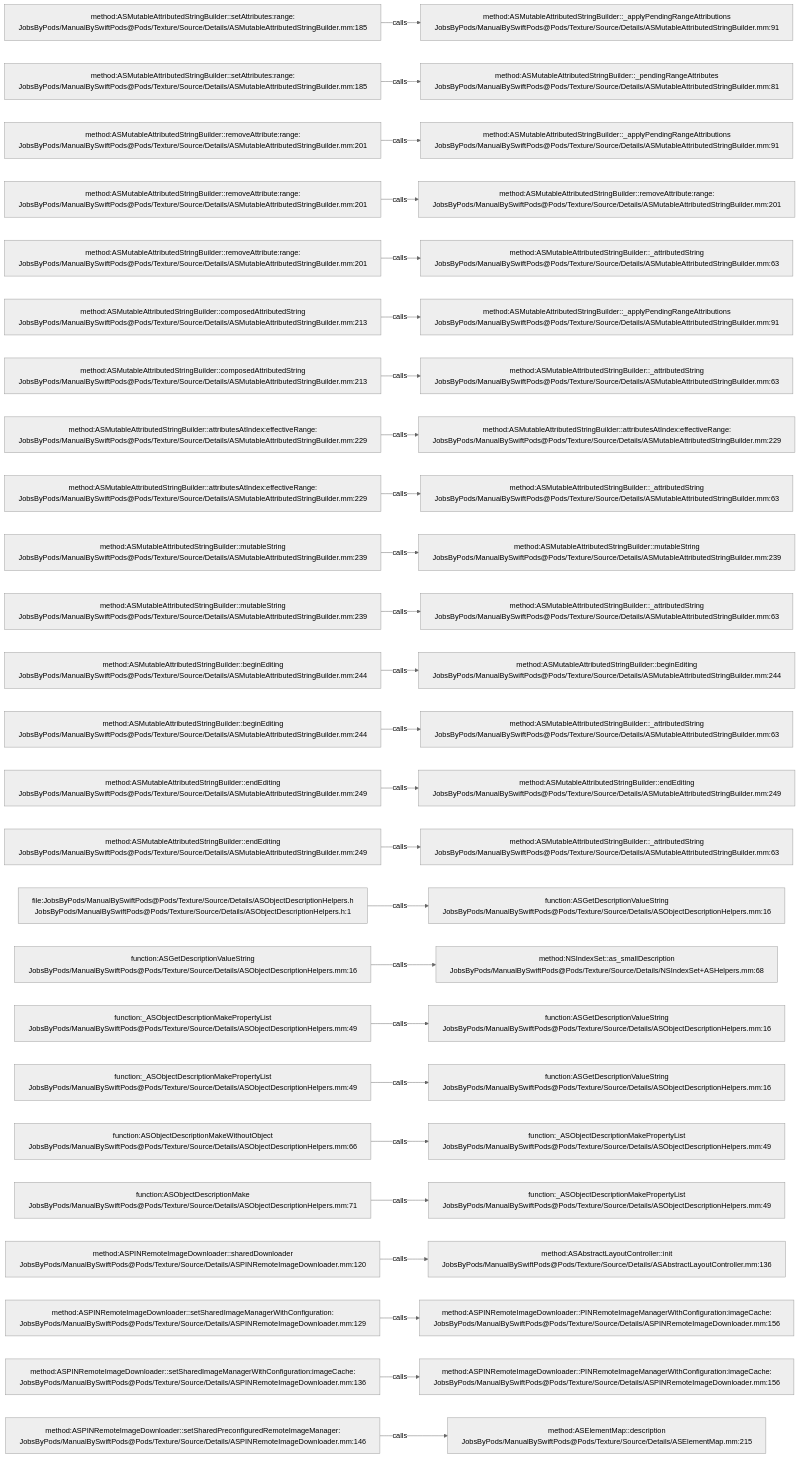
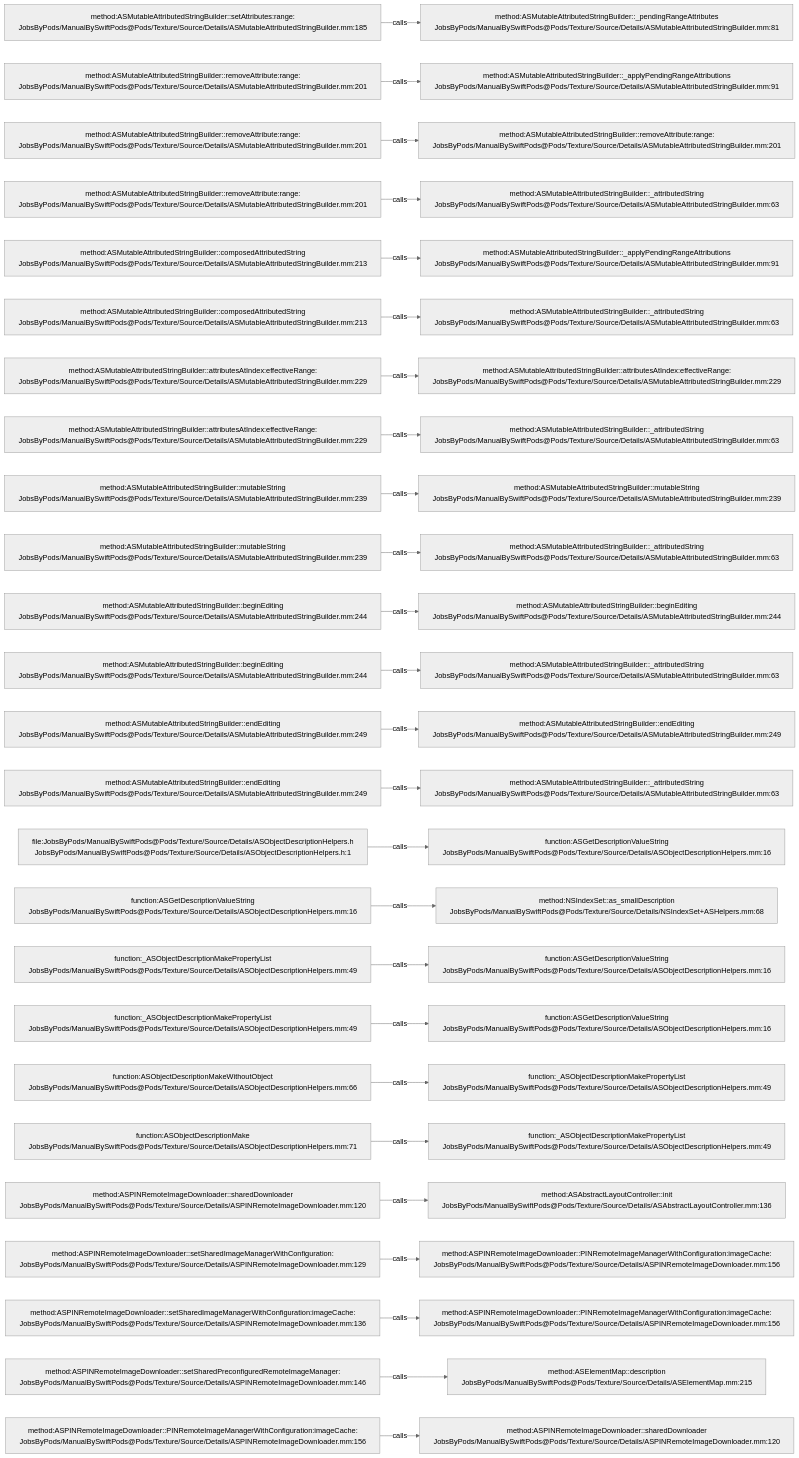
Before and after one commit to JobsKits/JobsSwiftBaseConfigDemo: the diagram in .codegraph/codegraph.md/graphs/calls-091.md, drawn with Mermaid (neutral theme). The commit also changed 747 other files, not shown here.

````diff
--- a/.codegraph/codegraph.md/graphs/calls-091.md
+++ b/.codegraph/codegraph.md/graphs/calls-091.md
@@ -13,78 +13,78 @@
 ```mermaid
 flowchart LR
   S1["method:ASMutableAttributedStringBuilder::setAttributes:range:<br/>JobsByPods/ManualBySwiftPods@Pods/Texture/Source/Details/ASMutableAttributedStringBuilder.mm:185"]
-  T1["method:ASMutableAttributedStringBuilder::_applyPendingRangeAttributions<br/>JobsByPods/ManualBySwiftPods@Pods/Texture/Source/Details/ASMutableAttributedStringBuilder.mm:91"]
+  T1["method:ASMutableAttributedStringBuilder::_pendingRangeAttributes<br/>JobsByPods/ManualBySwiftPods@Pods/Texture/Source/Details/ASMutableAttributedStringBuilder.mm:81"]
   S1 -->|calls| T1
-  S2["method:ASMutableAttributedStringBuilder::setAttributes:range:<br/>JobsByPods/ManualBySwiftPods@Pods/Texture/Source/Details/ASMutableAttributedStringBuilder.mm:185"]
-  T2["method:ASMutableAttributedStringBuilder::_pendingRangeAttributes<br/>JobsByPods/ManualBySwiftPods@Pods/Texture/Source/Details/ASMutableAttributedStringBuilder.mm:81"]
+  S2["method:ASMutableAttributedStringBuilder::removeAttribute:range:<br/>JobsByPods/ManualBySwiftPods@Pods/Texture/Source/Details/ASMutableAttributedStringBuilder.mm:201"]
+  T2["method:ASMutableAttributedStringBuilder::_applyPendingRangeAttributions<br/>JobsByPods/ManualBySwiftPods@Pods/Texture/Source/Details/ASMutableAttributedStringBuilder.mm:91"]
   S2 -->|calls| T2
   S3["method:ASMutableAttributedStringBuilder::removeAttribute:range:<br/>JobsByPods/ManualBySwiftPods@Pods/Texture/Source/Details/ASMutableAttributedStringBuilder.mm:201"]
-  T3["method:ASMutableAttributedStringBuilder::_applyPendingRangeAttributions<br/>JobsByPods/ManualBySwiftPods@Pods/Texture/Source/Details/ASMutableAttributedStringBuilder.mm:91"]
+  T3["method:ASMutableAttributedStringBuilder::removeAttribute:range:<br/>JobsByPods/ManualBySwiftPods@Pods/Texture/Source/Details/ASMutableAttributedStringBuilder.mm:201"]
   S3 -->|calls| T3
   S4["method:ASMutableAttributedStringBuilder::removeAttribute:range:<br/>JobsByPods/ManualBySwiftPods@Pods/Texture/Source/Details/ASMutableAttributedStringBuilder.mm:201"]
-  T4["method:ASMutableAttributedStringBuilder::removeAttribute:range:<br/>JobsByPods/ManualBySwiftPods@Pods/Texture/Source/Details/ASMutableAttributedStringBuilder.mm:201"]
+  T4["method:ASMutableAttributedStringBuilder::_attributedString<br/>JobsByPods/ManualBySwiftPods@Pods/Texture/Source/Details/ASMutableAttributedStringBuilder.mm:63"]
   S4 -->|calls| T4
-  S5["method:ASMutableAttributedStringBuilder::removeAttribute:range:<br/>JobsByPods/ManualBySwiftPods@Pods/Texture/Source/Details/ASMutableAttributedStringBuilder.mm:201"]
-  T5["method:ASMutableAttributedStringBuilder::_attributedString<br/>JobsByPods/ManualBySwiftPods@Pods/Texture/Source/Details/ASMutableAttributedStringBuilder.mm:63"]
+  S5["method:ASMutableAttributedStringBuilder::composedAttributedString<br/>JobsByPods/ManualBySwiftPods@Pods/Texture/Source/Details/ASMutableAttributedStringBuilder.mm:213"]
+  T5["method:ASMutableAttributedStringBuilder::_applyPendingRangeAttributions<br/>JobsByPods/ManualBySwiftPods@Pods/Texture/Source/Details/ASMutableAttributedStringBuilder.mm:91"]
   S5 -->|calls| T5
   S6["method:ASMutableAttributedStringBuilder::composedAttributedString<br/>JobsByPods/ManualBySwiftPods@Pods/Texture/Source/Details/ASMutableAttributedStringBuilder.mm:213"]
-  T6["method:ASMutableAttributedStringBuilder::_applyPendingRangeAttributions<br/>JobsByPods/ManualBySwiftPods@Pods/Texture/Source/Details/ASMutableAttributedStringBuilder.mm:91"]
+  T6["method:ASMutableAttributedStringBuilder::_attributedString<br/>JobsByPods/ManualBySwiftPods@Pods/Texture/Source/Details/ASMutableAttributedStringBuilder.mm:63"]
   S6 -->|calls| T6
-  S7["method:ASMutableAttributedStringBuilder::composedAttributedString<br/>JobsByPods/ManualBySwiftPods@Pods/Texture/Source/Details/ASMutableAttributedStringBuilder.mm:213"]
-  T7["method:ASMutableAttributedStringBuilder::_attributedString<br/>JobsByPods/ManualBySwiftPods@Pods/Texture/Source/Details/ASMutableAttributedStringBuilder.mm:63"]
+  S7["method:ASMutableAttributedStringBuilder::attributesAtIndex:effectiveRange:<br/>JobsByPods/ManualBySwiftPods@Pods/Texture/Source/Details/ASMutableAttributedStringBuilder.mm:229"]
+  T7["method:ASMutableAttributedStringBuilder::attributesAtIndex:effectiveRange:<br/>JobsByPods/ManualBySwiftPods@Pods/Texture/Source/Details/ASMutableAttributedStringBuilder.mm:229"]
   S7 -->|calls| T7
   S8["method:ASMutableAttributedStringBuilder::attributesAtIndex:effectiveRange:<br/>JobsByPods/ManualBySwiftPods@Pods/Texture/Source/Details/ASMutableAttributedStringBuilder.mm:229"]
-  T8["method:ASMutableAttributedStringBuilder::attributesAtIndex:effectiveRange:<br/>JobsByPods/ManualBySwiftPods@Pods/Texture/Source/Details/ASMutableAttributedStringBuilder.mm:229"]
+  T8["method:ASMutableAttributedStringBuilder::_attributedString<br/>JobsByPods/ManualBySwiftPods@Pods/Texture/Source/Details/ASMutableAttributedStringBuilder.mm:63"]
   S8 -->|calls| T8
-  S9["method:ASMutableAttributedStringBuilder::attributesAtIndex:effectiveRange:<br/>JobsByPods/ManualBySwiftPods@Pods/Texture/Source/Details/ASMutableAttributedStringBuilder.mm:229"]
-  T9["method:ASMutableAttributedStringBuilder::_attributedString<br/>JobsByPods/ManualBySwiftPods@Pods/Texture/Source/Details/ASMutableAttributedStringBuilder.mm:63"]
+  S9["method:ASMutableAttributedStringBuilder::mutableString<br/>JobsByPods/ManualBySwiftPods@Pods/Texture/Source/Details/ASMutableAttributedStringBuilder.mm:239"]
+  T9["method:ASMutableAttributedStringBuilder::mutableString<br/>JobsByPods/ManualBySwiftPods@Pods/Texture/Source/Details/ASMutableAttributedStringBuilder.mm:239"]
   S9 -->|calls| T9
   S10["method:ASMutableAttributedStringBuilder::mutableString<br/>JobsByPods/ManualBySwiftPods@Pods/Texture/Source/Details/ASMutableAttributedStringBuilder.mm:239"]
-  T10["method:ASMutableAttributedStringBuilder::mutableString<br/>JobsByPods/ManualBySwiftPods@Pods/Texture/Source/Details/ASMutableAttributedStringBuilder.mm:239"]
+  T10["method:ASMutableAttributedStringBuilder::_attributedString<br/>JobsByPods/ManualBySwiftPods@Pods/Texture/Source/Details/ASMutableAttributedStringBuilder.mm:63"]
   S10 -->|calls| T10
-  S11["method:ASMutableAttributedStringBuilder::mutableString<br/>JobsByPods/ManualBySwiftPods@Pods/Texture/Source/Details/ASMutableAttributedStringBuilder.mm:239"]
-  T11["method:ASMutableAttributedStringBuilder::_attributedString<br/>JobsByPods/ManualBySwiftPods@Pods/Texture/Source/Details/ASMutableAttributedStringBuilder.mm:63"]
+  S11["method:ASMutableAttributedStringBuilder::beginEditing<br/>JobsByPods/ManualBySwiftPods@Pods/Texture/Source/Details/ASMutableAttributedStringBuilder.mm:244"]
+  T11["method:ASMutableAttributedStringBuilder::beginEditing<br/>JobsByPods/ManualBySwiftPods@Pods/Texture/Source/Details/ASMutableAttributedStringBuilder.mm:244"]
   S11 -->|calls| T11
   S12["method:ASMutableAttributedStringBuilder::beginEditing<br/>JobsByPods/ManualBySwiftPods@Pods/Texture/Source/Details/ASMutableAttributedStringBuilder.mm:244"]
-  T12["method:ASMutableAttributedStringBuilder::beginEditing<br/>JobsByPods/ManualBySwiftPods@Pods/Texture/Source/Details/ASMutableAttributedStringBuilder.mm:244"]
+  T12["method:ASMutableAttributedStringBuilder::_attributedString<br/>JobsByPods/ManualBySwiftPods@Pods/Texture/Source/Details/ASMutableAttributedStringBuilder.mm:63"]
   S12 -->|calls| T12
-  S13["method:ASMutableAttributedStringBuilder::beginEditing<br/>JobsByPods/ManualBySwiftPods@Pods/Texture/Source/Details/ASMutableAttributedStringBuilder.mm:244"]
-  T13["method:ASMutableAttributedStringBuilder::_attributedString<br/>JobsByPods/ManualBySwiftPods@Pods/Texture/Source/Details/ASMutableAttributedStringBuilder.mm:63"]
+  S13["method:ASMutableAttributedStringBuilder::endEditing<br/>JobsByPods/ManualBySwiftPods@Pods/Texture/Source/Details/ASMutableAttributedStringBuilder.mm:249"]
+  T13["method:ASMutableAttributedStringBuilder::endEditing<br/>JobsByPods/ManualBySwiftPods@Pods/Texture/Source/Details/ASMutableAttributedStringBuilder.mm:249"]
   S13 -->|calls| T13
   S14["method:ASMutableAttributedStringBuilder::endEditing<br/>JobsByPods/ManualBySwiftPods@Pods/Texture/Source/Details/ASMutableAttributedStringBuilder.mm:249"]
-  T14["method:ASMutableAttributedStringBuilder::endEditing<br/>JobsByPods/ManualBySwiftPods@Pods/Texture/Source/Details/ASMutableAttributedStringBuilder.mm:249"]
+  T14["method:ASMutableAttributedStringBuilder::_attributedString<br/>JobsByPods/ManualBySwiftPods@Pods/Texture/Source/Details/ASMutableAttributedStringBuilder.mm:63"]
   S14 -->|calls| T14
-  S15["method:ASMutableAttributedStringBuilder::endEditing<br/>JobsByPods/ManualBySwiftPods@Pods/Texture/Source/Details/ASMutableAttributedStringBuilder.mm:249"]
-  T15["method:ASMutableAttributedStringBuilder::_attributedString<br/>JobsByPods/ManualBySwiftPods@Pods/Texture/Source/Details/ASMutableAttributedStringBuilder.mm:63"]
+  S15["file:JobsByPods/ManualBySwiftPods@Pods/Texture/Source/Details/ASObjectDescriptionHelpers.h<br/>JobsByPods/ManualBySwiftPods@Pods/Texture/Source/Details/ASObjectDescriptionHelpers.h:1"]
+  T15["function:ASGetDescriptionValueString<br/>JobsByPods/ManualBySwiftPods@Pods/Texture/Source/Details/ASObjectDescriptionHelpers.mm:16"]
   S15 -->|calls| T15
-  S16["file:JobsByPods/ManualBySwiftPods@Pods/Texture/Source/Details/ASObjectDescriptionHelpers.h<br/>JobsByPods/ManualBySwiftPods@Pods/Texture/Source/Details/ASObjectDescriptionHelpers.h:1"]
-  T16["function:ASGetDescriptionValueString<br/>JobsByPods/ManualBySwiftPods@Pods/Texture/Source/Details/ASObjectDescriptionHelpers.mm:16"]
+  S16["function:ASGetDescriptionValueString<br/>JobsByPods/ManualBySwiftPods@Pods/Texture/Source/Details/ASObjectDescriptionHelpers.mm:16"]
+  T16["method:NSIndexSet::as_smallDescription<br/>JobsByPods/ManualBySwiftPods@Pods/Texture/Source/Details/NSIndexSet+ASHelpers.mm:68"]
   S16 -->|calls| T16
-  S17["function:ASGetDescriptionValueString<br/>JobsByPods/ManualBySwiftPods@Pods/Texture/Source/Details/ASObjectDescriptionHelpers.mm:16"]
-  T17["method:NSIndexSet::as_smallDescription<br/>JobsByPods/ManualBySwiftPods@Pods/Texture/Source/Details/NSIndexSet+ASHelpers.mm:68"]
+  S17["function:_ASObjectDescriptionMakePropertyList<br/>JobsByPods/ManualBySwiftPods@Pods/Texture/Source/Details/ASObjectDescriptionHelpers.mm:49"]
+  T17["function:ASGetDescriptionValueString<br/>JobsByPods/ManualBySwiftPods@Pods/Texture/Source/Details/ASObjectDescriptionHelpers.mm:16"]
   S17 -->|calls| T17
   S18["function:_ASObjectDescriptionMakePropertyList<br/>JobsByPods/ManualBySwiftPods@Pods/Texture/Source/Details/ASObjectDescriptionHelpers.mm:49"]
   T18["function:ASGetDescriptionValueString<br/>JobsByPods/ManualBySwiftPods@Pods/Texture/Source/Details/ASObjectDescriptionHelpers.mm:16"]
   S18 -->|calls| T18
-  S19["function:_ASObjectDescriptionMakePropertyList<br/>JobsByPods/ManualBySwiftPods@Pods/Texture/Source/Details/ASObjectDescriptionHelpers.mm:49"]
-  T19["function:ASGetDescriptionValueString<br/>JobsByPods/ManualBySwiftPods@Pods/Texture/Source/Details/ASObjectDescriptionHelpers.mm:16"]
+  S19["function:ASObjectDescriptionMakeWithoutObject<br/>JobsByPods/ManualBySwiftPods@Pods/Texture/Source/Details/ASObjectDescriptionHelpers.mm:66"]
+  T19["function:_ASObjectDescriptionMakePropertyList<br/>JobsByPods/ManualBySwiftPods@Pods/Texture/Source/Details/ASObjectDescriptionHelpers.mm:49"]
   S19 -->|calls| T19
-  S20["function:ASObjectDescriptionMakeWithoutObject<br/>JobsByPods/ManualBySwiftPods@Pods/Texture/Source/Details/ASObjectDescriptionHelpers.mm:66"]
+  S20["function:ASObjectDescriptionMake<br/>JobsByPods/ManualBySwiftPods@Pods/Texture/Source/Details/ASObjectDescriptionHelpers.mm:71"]
   T20["function:_ASObjectDescriptionMakePropertyList<br/>JobsByPods/ManualBySwiftPods@Pods/Texture/Source/Details/ASObjectDescriptionHelpers.mm:49"]
   S20 -->|calls| T20
-  S21["function:ASObjectDescriptionMake<br/>JobsByPods/ManualBySwiftPods@Pods/Texture/Source/Details/ASObjectDescriptionHelpers.mm:71"]
-  T21["function:_ASObjectDescriptionMakePropertyList<br/>JobsByPods/ManualBySwiftPods@Pods/Texture/Source/Details/ASObjectDescriptionHelpers.mm:49"]
+  S21["method:ASPINRemoteImageDownloader::sharedDownloader<br/>JobsByPods/ManualBySwiftPods@Pods/Texture/Source/Details/ASPINRemoteImageDownloader.mm:120"]
+  T21["method:ASAbstractLayoutController::init<br/>JobsByPods/ManualBySwiftPods@Pods/Texture/Source/Details/ASAbstractLayoutController.mm:136"]
   S21 -->|calls| T21
-  S22["method:ASPINRemoteImageDownloader::sharedDownloader<br/>JobsByPods/ManualBySwiftPods@Pods/Texture/Source/Details/ASPINRemoteImageDownloader.mm:120"]
-  T22["method:ASAbstractLayoutController::init<br/>JobsByPods/ManualBySwiftPods@Pods/Texture/Source/Details/ASAbstractLayoutController.mm:136"]
+  S22["method:ASPINRemoteImageDownloader::setSharedImageManagerWithConfiguration:<br/>JobsByPods/ManualBySwiftPods@Pods/Texture/Source/Details/ASPINRemoteImageDownloader.mm:129"]
+  T22["method:ASPINRemoteImageDownloader::PINRemoteImageManagerWithConfiguration:imageCache:<br/>JobsByPods/ManualBySwiftPods@Pods/Texture/Source/Details/ASPINRemoteImageDownloader.mm:156"]
   S22 -->|calls| T22
-  S23["method:ASPINRemoteImageDownloader::setSharedImageManagerWithConfiguration:<br/>JobsByPods/ManualBySwiftPods@Pods/Texture/Source/Details/ASPINRemoteImageDownloader.mm:129"]
+  S23["method:ASPINRemoteImageDownloader::setSharedImageManagerWithConfiguration:imageCache:<br/>JobsByPods/ManualBySwiftPods@Pods/Texture/Source/Details/ASPINRemoteImageDownloader.mm:136"]
   T23["method:ASPINRemoteImageDownloader::PINRemoteImageManagerWithConfiguration:imageCache:<br/>JobsByPods/ManualBySwiftPods@Pods/Texture/Source/Details/ASPINRemoteImageDownloader.mm:156"]
   S23 -->|calls| T23
-  S24["method:ASPINRemoteImageDownloader::setSharedImageManagerWithConfiguration:imageCache:<br/>JobsByPods/ManualBySwiftPods@Pods/Texture/Source/Details/ASPINRemoteImageDownloader.mm:136"]
-  T24["method:ASPINRemoteImageDownloader::PINRemoteImageManagerWithConfiguration:imageCache:<br/>JobsByPods/ManualBySwiftPods@Pods/Texture/Source/Details/ASPINRemoteImageDownloader.mm:156"]
+  S24["method:ASPINRemoteImageDownloader::setSharedPreconfiguredRemoteImageManager:<br/>JobsByPods/ManualBySwiftPods@Pods/Texture/Source/Details/ASPINRemoteImageDownloader.mm:146"]
+  T24["method:ASElementMap::description<br/>JobsByPods/ManualBySwiftPods@Pods/Texture/Source/Details/ASElementMap.mm:215"]
   S24 -->|calls| T24
-  S25["method:ASPINRemoteImageDownloader::setSharedPreconfiguredRemoteImageManager:<br/>JobsByPods/ManualBySwiftPods@Pods/Texture/Source/Details/ASPINRemoteImageDownloader.mm:146"]
-  T25["method:ASElementMap::description<br/>JobsByPods/ManualBySwiftPods@Pods/Texture/Source/Details/ASElementMap.mm:215"]
+  S25["method:ASPINRemoteImageDownloader::PINRemoteImageManagerWithConfiguration:imageCache:<br/>JobsByPods/ManualBySwiftPods@Pods/Texture/Source/Details/ASPINRemoteImageDownloader.mm:156"]
+  T25["method:ASPINRemoteImageDownloader::sharedDownloader<br/>JobsByPods/ManualBySwiftPods@Pods/Texture/Source/Details/ASPINRemoteImageDownloader.mm:120"]
   S25 -->|calls| T25
 ```
````
